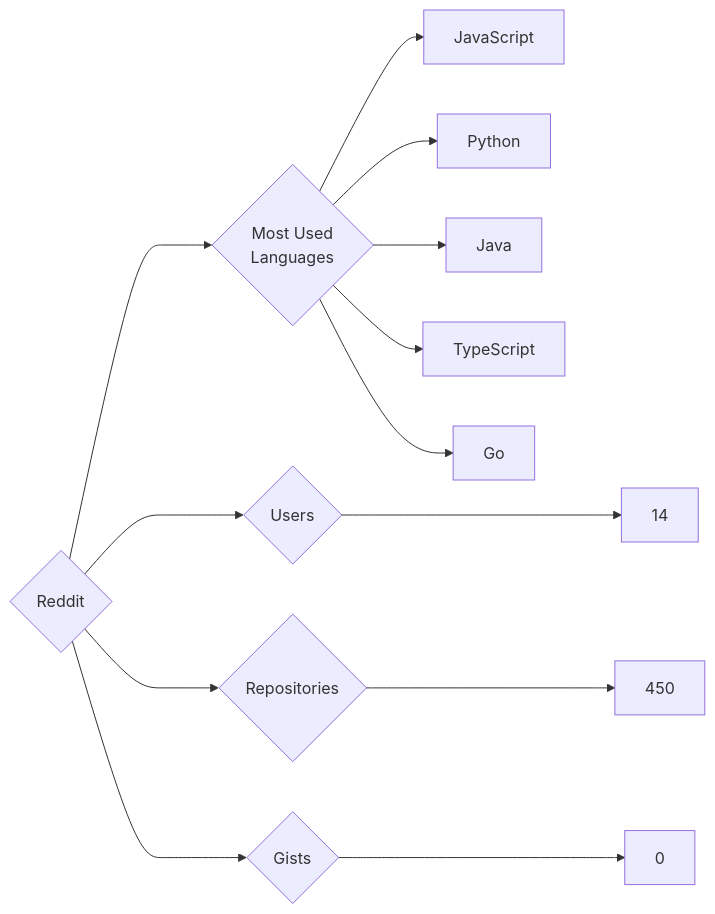
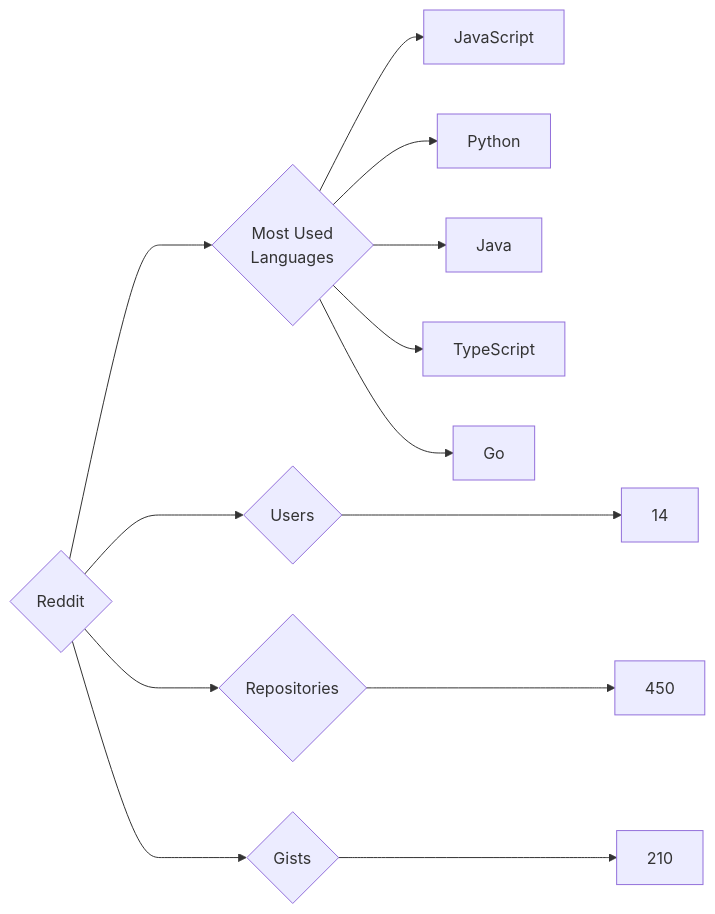
The diagram in targets/Reddit/README.md (trickest/insiders), drawn with Mermaid before and after one commit. The commit also changed 997 other files, not shown here.

````diff
--- a/targets/Reddit/README.md
+++ b/targets/Reddit/README.md
@@ -3,13 +3,13 @@
 ```mermaid
 graph LR
 COMPANY_NAME{Reddit}
 COMPANY_NAME ---> U{Users} ---> UN[14]
 COMPANY_NAME ---> R{Repositories} ---> RN[450]
-COMPANY_NAME ---> G{Gists} ---> GN[0]
+COMPANY_NAME ---> G{Gists} ---> GN[210]
 COMPANY_NAME ---> ML{Most Used<br>Languages}
-ML --> JavaScript
-ML --> Python
-ML --> Java
-ML --> TypeScript
-ML --> Go
+ML --> JavaScript[JavaScript]
+ML --> Python[Python]
+ML --> Java[Java]
+ML --> TypeScript[TypeScript]
+ML --> Go[Go]
 ```
````
